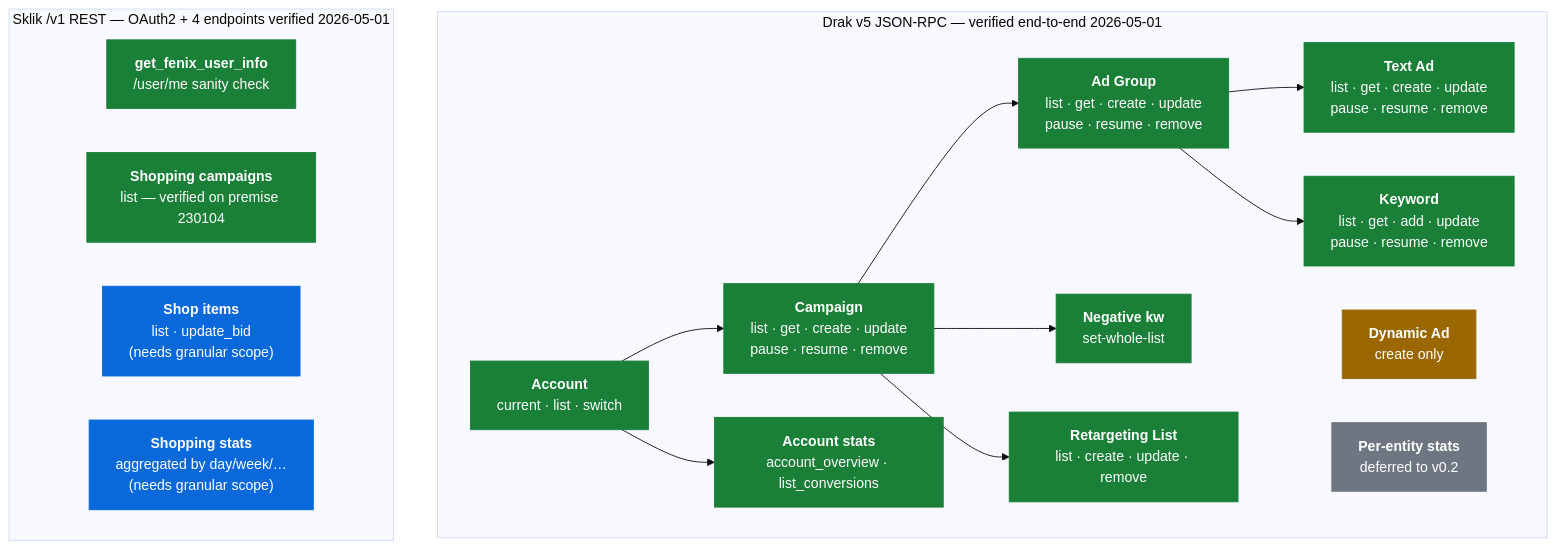
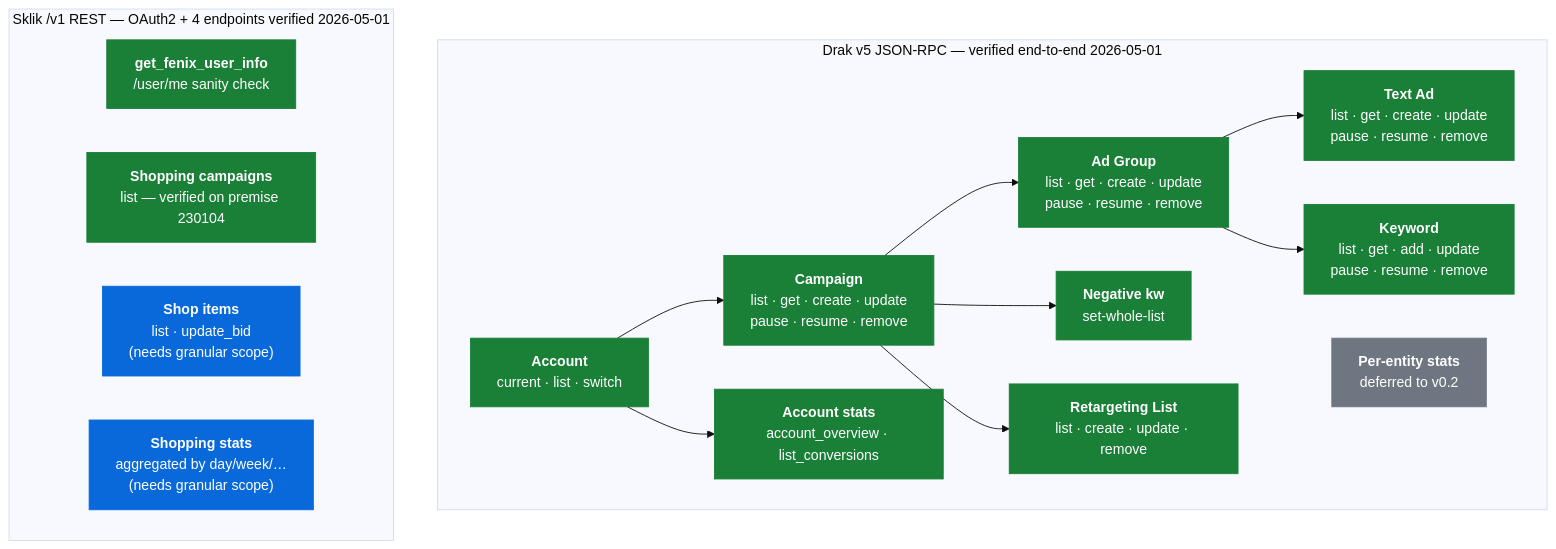
Before and after one commit to larsdittinger/seznam-ads-mcp: the diagram in README.md, drawn with Mermaid (base theme). The commit also changed other lines of this file and 3 other files, not shown here.

First line of the commit message:
Drop create_dynamic_ad — Drak v5 doesn't expose DSA at all

````diff
--- a/README.md
+++ b/README.md
@@ -137,35 +136,34 @@
 ```mermaid
 graph TB
     subgraph Drak["Drak v5 JSON-RPC — verified end-to-end 2026-05-01"]
         ACC["<b>Account</b><br/>current · list · switch"]:::ok
         CMP["<b>Campaign</b><br/>list · get · create · update<br/>pause · resume · remove"]:::ok
         GRP["<b>Ad Group</b><br/>list · get · create · update<br/>pause · resume · remove"]:::ok
         AD["<b>Text Ad</b><br/>list · get · create · update<br/>pause · resume · remove"]:::ok
         KW["<b>Keyword</b><br/>list · get · add · update<br/>pause · resume · remove"]:::ok
         NK["<b>Negative kw</b><br/>set-whole-list"]:::ok
         RT["<b>Retargeting List</b><br/>list · create · update · remove"]:::ok
         OVW["<b>Account stats</b><br/>account_overview · list_conversions"]:::ok
-        DYN["<b>Dynamic Ad</b><br/>create only"]:::warn
         PER["<b>Per-entity stats</b><br/>deferred to v0.2"]:::pending
 
         ACC --> CMP
         CMP --> GRP
         GRP --> AD
         GRP --> KW
         CMP --> NK
         CMP --> RT
         ACC --> OVW
     end
 
     subgraph Fenix["Sklik /v1 REST — OAuth2 + 4 endpoints verified 2026-05-01"]
         WHO["<b>get_fenix_user_info</b><br/>/user/me sanity check"]:::ok
         SCA["<b>Shopping campaigns</b><br/>list — verified on premise 230104"]:::ok
         SHO["<b>Shop items</b><br/>list · update_bid<br/>(needs granular scope)"]:::wired
         SST["<b>Shopping stats</b><br/>aggregated by day/week/…<br/>(needs granular scope)"]:::wired
     end
 
     classDef ok fill:#1a7f37,stroke:#1a7f37,color:#fff
     classDef warn fill:#9a6700,stroke:#9a6700,color:#fff
     classDef pending fill:#6e7781,stroke:#6e7781,color:#fff
     classDef wired fill:#0969da,stroke:#0969da,color:#fff
 ```
````
